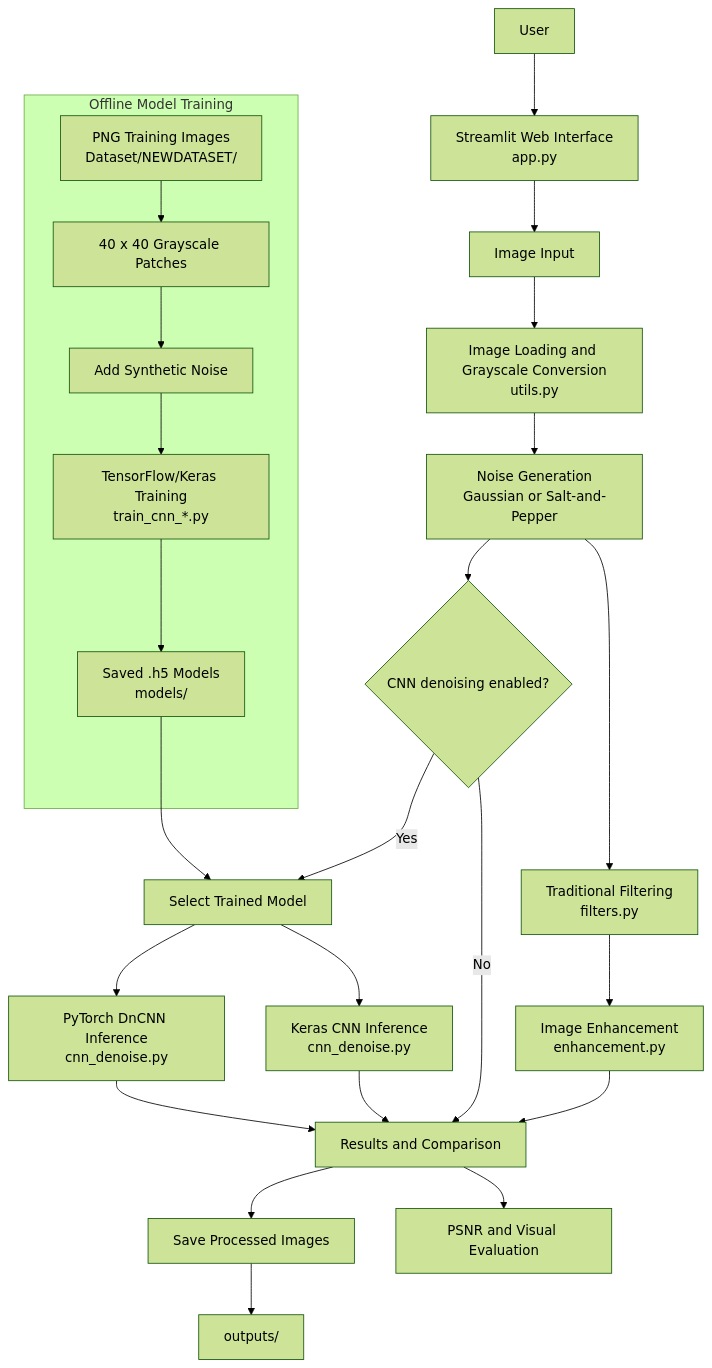
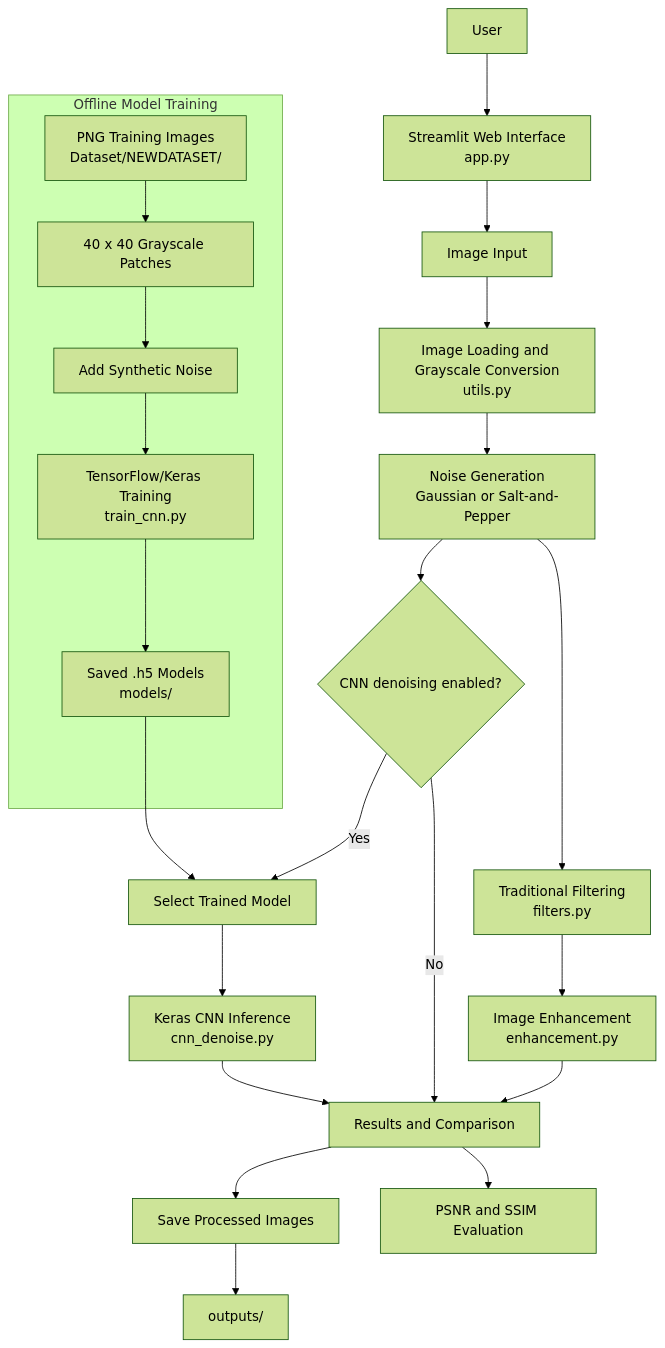
The diagram in PROJECT_EXPLANATION.md (Manudeeprao/image-enhancement-noise-reduction), drawn with Mermaid (forest theme) before and after one commit. The commit also changed other lines of this file, not shown here.

Commit message:
Update docs: Keras-only CNN, train_cnn.py, SSIM evaluation

````diff
--- a/PROJECT_EXPLANATION.md
+++ b/PROJECT_EXPLANATION.md
@@ -49,35 +46,33 @@
 ```mermaid
 flowchart TD
     U[User] --> UI[Streamlit Web Interface<br/>app.py]
 
     UI --> IN[Image Input]
     IN --> LOAD[Image Loading and Grayscale Conversion<br/>utils.py]
 
     LOAD --> NOISE[Noise Generation<br/>Gaussian or Salt-and-Pepper]
     NOISE --> FILTERS[Traditional Filtering<br/>filters.py]
     FILTERS --> ENHANCE[Image Enhancement<br/>enhancement.py]
 
     NOISE --> CNN_GATE{CNN denoising enabled?}
     CNN_GATE -->|No| RESULTS[Results and Comparison]
     CNN_GATE -->|Yes| CNN_SELECT[Select Trained Model]
 
     CNN_SELECT --> KERAS[Keras CNN Inference<br/>cnn_denoise.py]
-    CNN_SELECT --> DNCNN[PyTorch DnCNN Inference<br/>cnn_denoise.py]
 
     KERAS --> RESULTS
-    DNCNN --> RESULTS
     ENHANCE --> RESULTS
 
-    RESULTS --> METRICS[PSNR and Visual Evaluation]
+    RESULTS --> METRICS[PSNR and SSIM Evaluation]
     RESULTS --> SAVE[Save Processed Images]
     SAVE --> OUTPUTS[outputs/]
 
     subgraph Training[Offline Model Training]
         DATASET[PNG Training Images<br/>Dataset/NEWDATASET/] --> PATCHES[40 x 40 Grayscale Patches]
         PATCHES --> AUGMENT[Add Synthetic Noise]
-        AUGMENT --> TRAIN[TensorFlow/Keras Training<br/>train_cnn_*.py]
+        AUGMENT --> TRAIN[TensorFlow/Keras Training<br/>train_cnn.py]
         TRAIN --> MODELS[Saved .h5 Models<br/>models/]
     end
 
     MODELS --> CNN_SELECT
 ```
````
